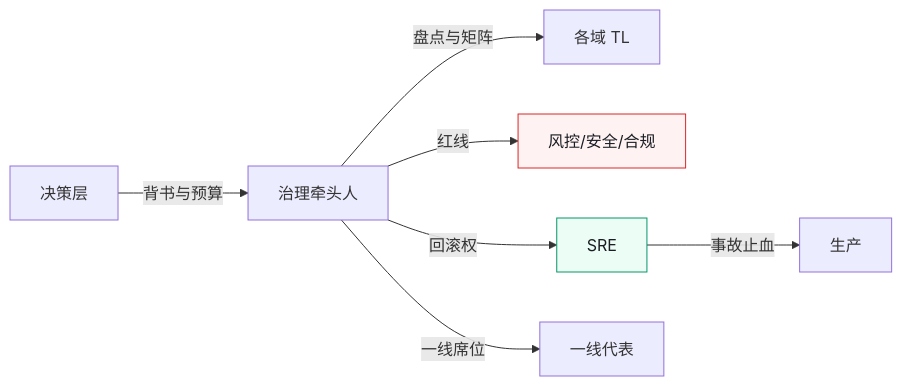
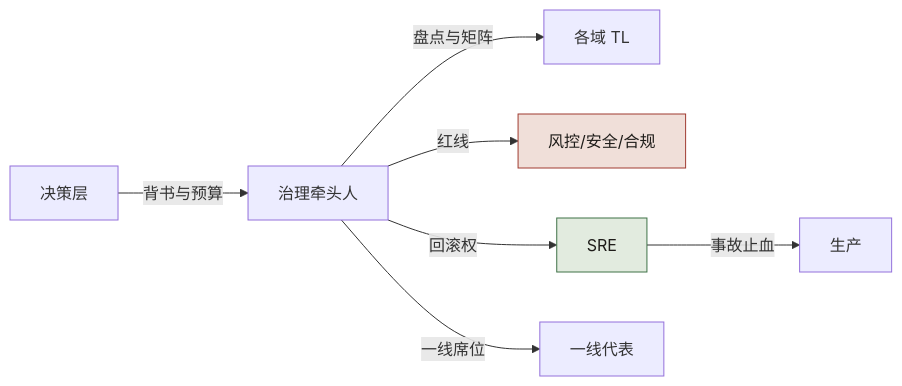
One commit to funny8kids/AI_Native_Software_Engineering changed the second of 3 diagrams in docs/manuscript/ch02-90天总路线图.md. Above: the diagram before and after it, drawn with Mermaid. The commit also changed other lines of this file and 81 other files, not shown here.

````diff
--- a/docs/manuscript/ch02-90天总路线图.md
+++ b/docs/manuscript/ch02-90天总路线图.md
@@ -95,11 +145,11 @@
 ```mermaid
 flowchart LR
   DIR[决策层] -->|背书与预算| LEAD[治理牵头人]
   LEAD -->|盘点与矩阵| DOMAIN[各域 TL]
   LEAD -->|红线| RISK[风控/安全/合规]
   LEAD -->|回滚权| SRE[SRE]
   LEAD -->|一线席位| IC[一线代表]
   SRE -->|事故止血| PROD[生产]
-  style RISK fill:#fef2f2,stroke:#dc2626,color:#1a1d23
-  style SRE fill:#ecfdf5,stroke:#059669,color:#1a1d23
+  style RISK fill:#f0dfd9,stroke:#a03b31,color:#1e1c19
+  style SRE fill:#e2ebdf,stroke:#3e7247,color:#1e1c19
 ```
````
